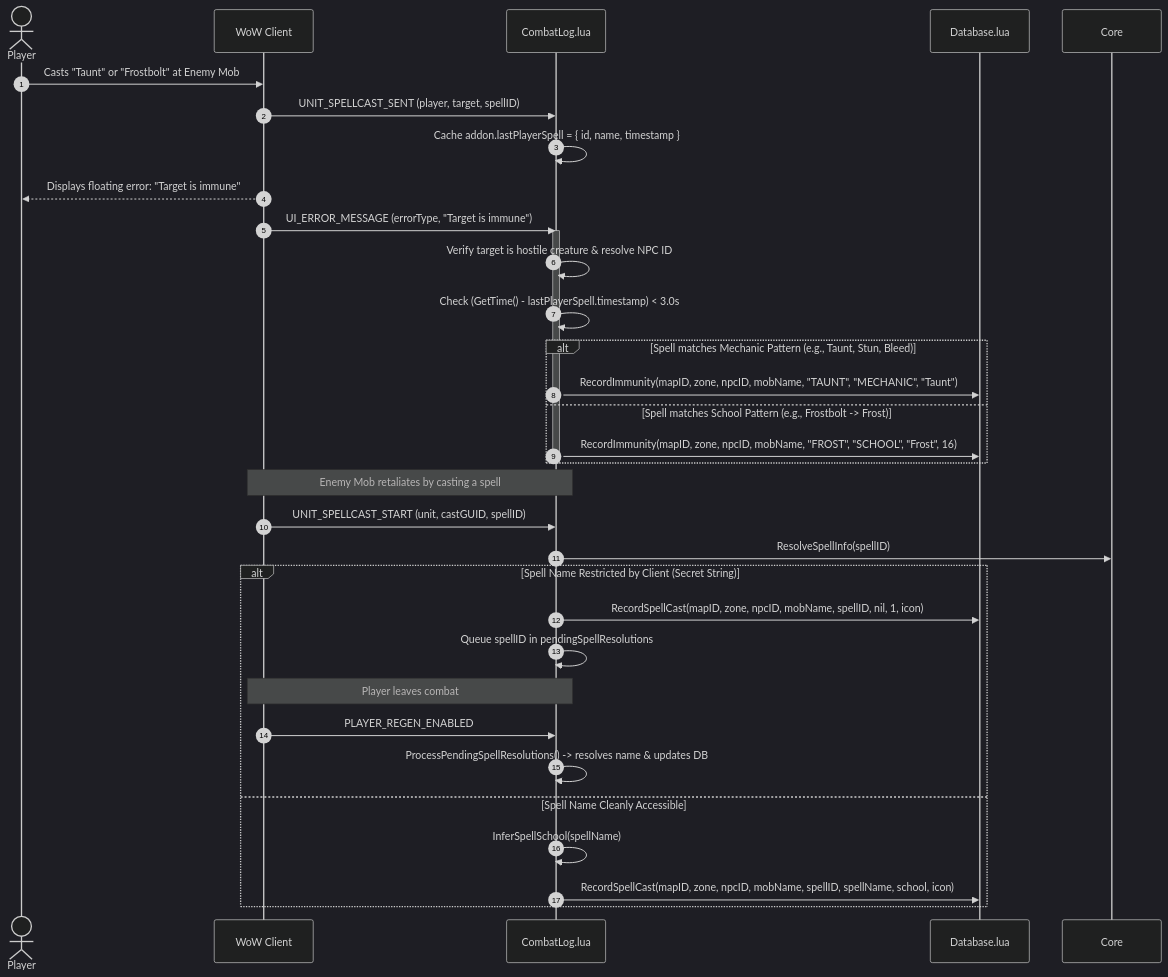
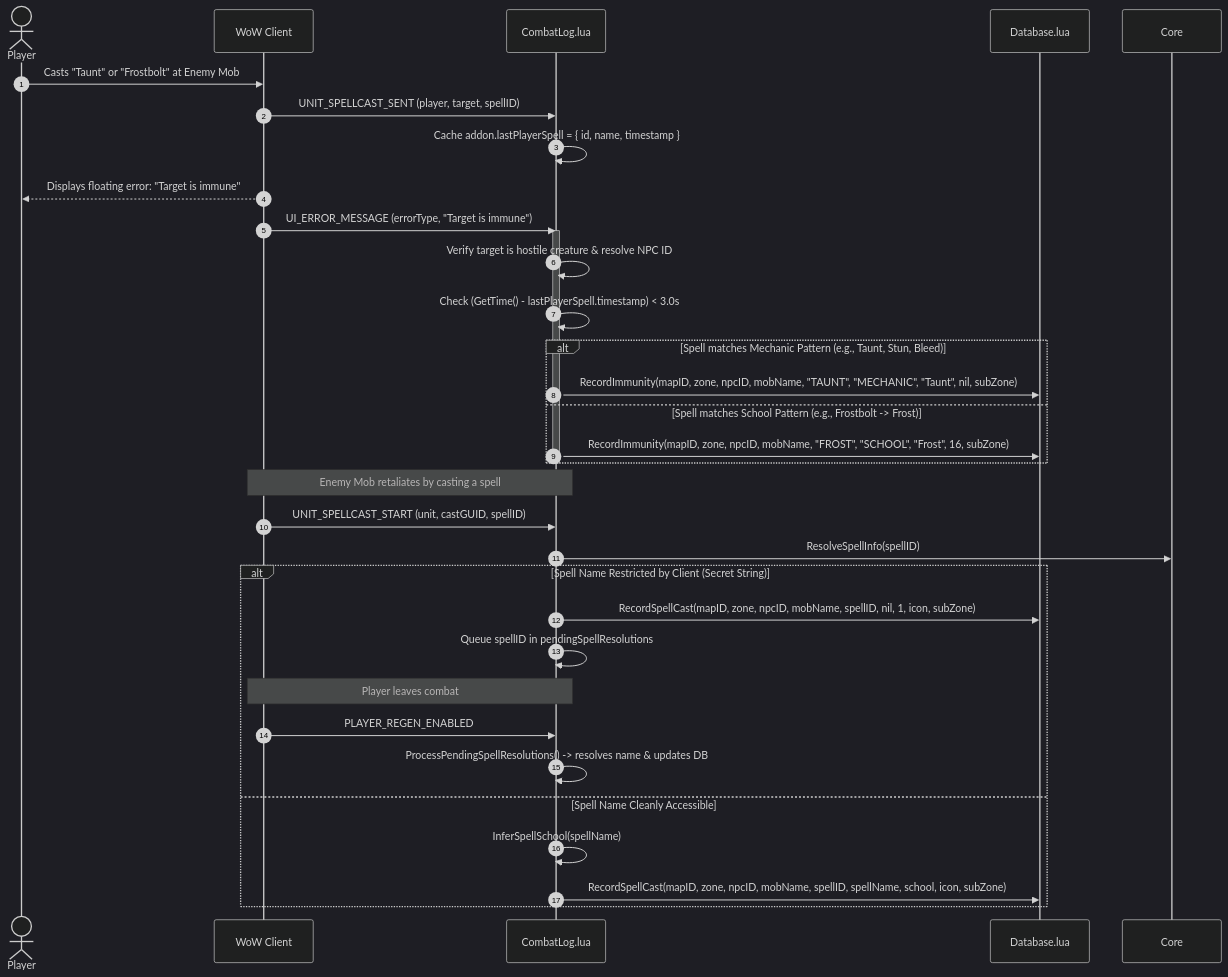
Before and after one commit to bguerre20/AzerothCreatureCompendium: the third of 5 diagrams in docs/ARCHITECTURE.md, drawn with Mermaid (dark theme). The commit also changed other lines of this file and 6 other files, not shown here.

````diff
--- a/docs/ARCHITECTURE.md
+++ b/docs/ARCHITECTURE.md
@@ -166,41 +166,41 @@
 ```mermaid
 sequenceDiagram
     autonumber
     actor Player
     participant Client as WoW Client
     participant Combat as CombatLog.lua
     participant DB as Database.lua
 
     %% Phase 1: Casting
     Player->>Client: Casts "Taunt" or "Frostbolt" at Enemy Mob
     Client->>Combat: UNIT_SPELLCAST_SENT (player, target, spellID)
     Combat->>Combat: Cache addon.lastPlayerSpell = { id, name, timestamp }
 
     %% Phase 2: Immunity Error
     Client-->>Player: Displays floating error: "Target is immune"
     Client->>Combat: UI_ERROR_MESSAGE (errorType, "Target is immune")
     activate Combat
     Combat->>Combat: Verify target is hostile creature & resolve NPC ID
     Combat->>Combat: Check (GetTime() - lastPlayerSpell.timestamp) < 3.0s
     alt Spell matches Mechanic Pattern (e.g., Taunt, Stun, Bleed)
-        Combat->>DB: RecordImmunity(mapID, zone, npcID, mobName, "TAUNT", "MECHANIC", "Taunt")
+        Combat->>DB: RecordImmunity(mapID, zone, npcID, mobName, "TAUNT", "MECHANIC", "Taunt", nil, subZone)
     else Spell matches School Pattern (e.g., Frostbolt -> Frost)
-        Combat->>DB: RecordImmunity(mapID, zone, npcID, mobName, "FROST", "SCHOOL", "Frost", 16)
+        Combat->>DB: RecordImmunity(mapID, zone, npcID, mobName, "FROST", "SCHOOL", "Frost", 16, subZone)
     end
     deactivate Combat
 
     %% Phase 3: Enemy Spell Tracking & Secret Value Handling
     Note over Client,Combat: Enemy Mob retaliates by casting a spell
     Client->>Combat: UNIT_SPELLCAST_START (unit, castGUID, spellID)
     Combat->>Core: ResolveSpellInfo(spellID)
     alt Spell Name Restricted by Client (Secret String)
-        Combat->>DB: RecordSpellCast(mapID, zone, npcID, mobName, spellID, nil, 1, icon)
+        Combat->>DB: RecordSpellCast(mapID, zone, npcID, mobName, spellID, nil, 1, icon, subZone)
         Combat->>Combat: Queue spellID in pendingSpellResolutions
         Note over Combat,Client: Player leaves combat
         Client->>Combat: PLAYER_REGEN_ENABLED
         Combat->>Combat: ProcessPendingSpellResolutions() -> resolves name & updates DB
     else Spell Name Cleanly Accessible
         Combat->>Combat: InferSpellSchool(spellName)
-        Combat->>DB: RecordSpellCast(mapID, zone, npcID, mobName, spellID, spellName, school, icon)
+        Combat->>DB: RecordSpellCast(mapID, zone, npcID, mobName, spellID, spellName, school, icon, subZone)
     end
 ```
````
